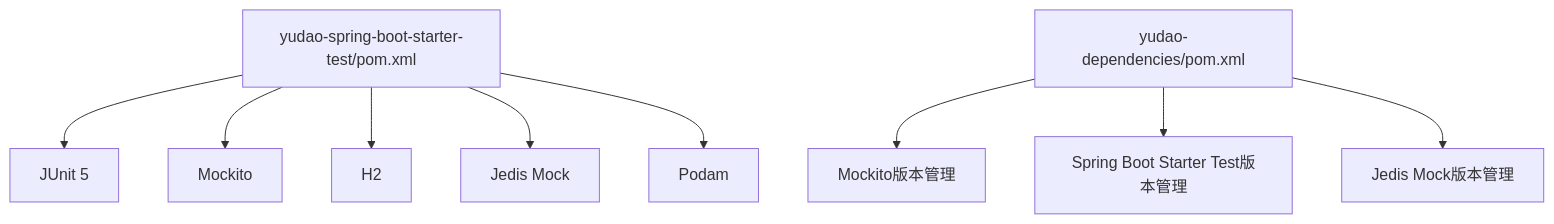
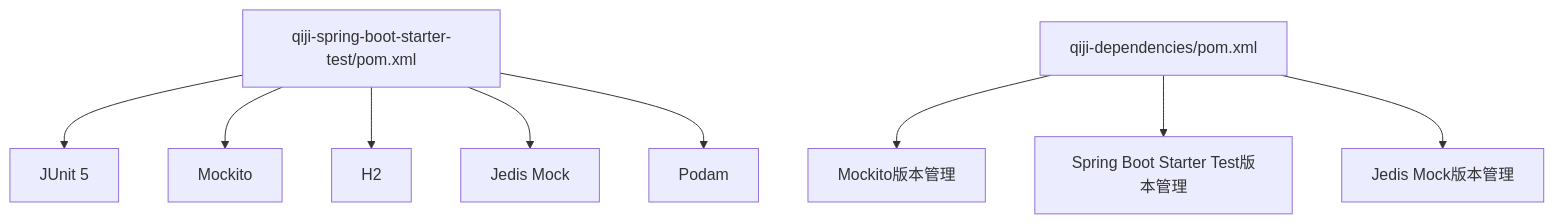
Before and after one commit to zhuangpengLI/AgenticCPS: the sixth of 6 diagrams in backend/.qoder/repowiki/zh/content/开发指南/单元测试指南.md, drawn with Mermaid. The commit also changed other lines of this file and 3489 other files, not shown here.

````diff
--- a/backend/.qoder/repowiki/zh/content/开发指南/单元测试指南.md
+++ b/backend/.qoder/repowiki/zh/content/开发指南/单元测试指南.md
@@ -296,11 +296,11 @@
 ```mermaid
 graph TB
-P["yudao-spring-boot-starter-test/pom.xml"] --> JUnit["JUnit 5"]
+P["qiji-spring-boot-starter-test/pom.xml"] --> JUnit["JUnit 5"]
 P --> Mockito["Mockito"]
 P --> H2["H2"]
 P --> Jedis["Jedis Mock"]
 P --> Podam["Podam"]
-D["yudao-dependencies/pom.xml"] --> MockitoV["Mockito版本管理"]
+D["qiji-dependencies/pom.xml"] --> MockitoV["Mockito版本管理"]
 D --> SpringTestV["Spring Boot Starter Test版本管理"]
 D --> JedisV["Jedis Mock版本管理"]
 ```
````
